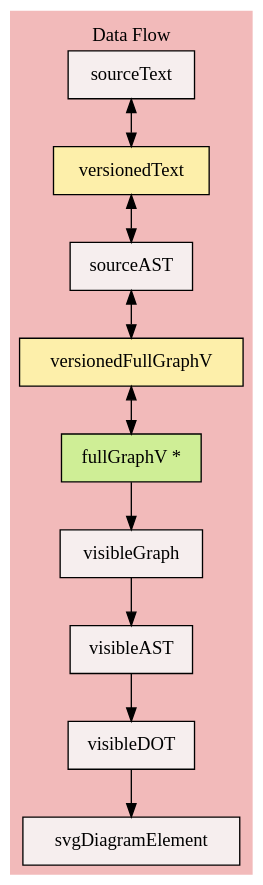
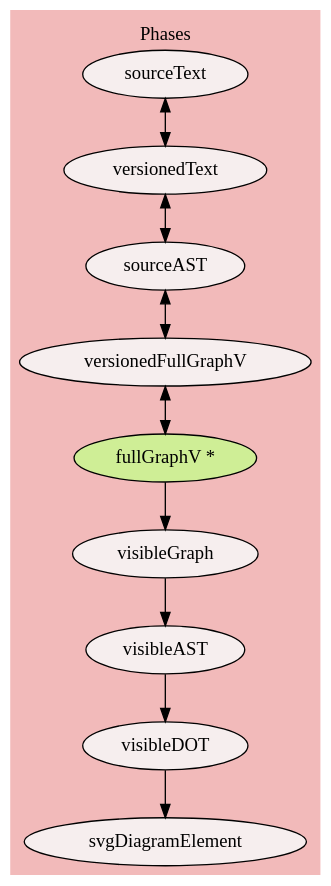
One commit to jpablo/graph-explorer changed the diagram in docs/viewer-state.dot. Above: the diagram before and after it, drawn with Graphviz. The commit also changed 12 other files, not shown here.

```diff
--- a/docs/viewer-state.dot
+++ b/docs/viewer-state.dot
@@ -1,46 +1,42 @@
 digraph "G" {
     graph [
         nodesep="0.5",
         rankdir="TB",
-        label="Data Flow",
+        label="Phases",
         pad=".1",
         labelloc="t",
         ranksep=".5",
         layout="dot",
         bgcolor="#f2baba",
         splines="spline"
     ];
     node [
-        shape="polygon",
         style="filled",
-        fillcolor="#f6eeee",
-        peripheries="1"
+        peripheries="1",
+        fillcolor="#f6eeee"
     ];
     edge [
         decorate="false",
         constraint="true"
     ];
     "fullGraphV" [
         label="fullGraphV *",
         fillcolor="#cfee96"
     ];
-    "versionedText" [fillcolor="#fdefaa"];
-    "versionedFullGraphV" [fillcolor="#fdefaa"];
-    "visibleDOT"
-    "visibleAST"
-    "sourceText"
-    "svgDiagramElement"
-    "sourceAST"
-    "visibleGraph"
-
+    "versionedText";
+    "versionedFullGraphV";
+    "visibleDOT";
+    "visibleAST";
+    "sourceText";
+    "svgDiagramElement";
+    "sourceAST";
+    "visibleGraph";
+    "versionedFullGraphV" -> "fullGraphV" [dir="both"];
     "sourceText" -> "versionedText" [dir="both"];
-    "versionedText" -> "sourceAST" [dir="both"];
     "sourceAST" -> "versionedFullGraphV" [dir="both"];
-    "versionedFullGraphV" -> "fullGraphV" [dir="both"];
-
+    "visibleAST" -> "visibleDOT";
     "fullGraphV" -> "visibleGraph";
     "visibleGraph" -> "visibleAST";
-    "visibleAST" -> "visibleDOT";
-
     "visibleDOT" -> "svgDiagramElement";
+    "versionedText" -> "sourceAST" [dir="both"];
 }
```
